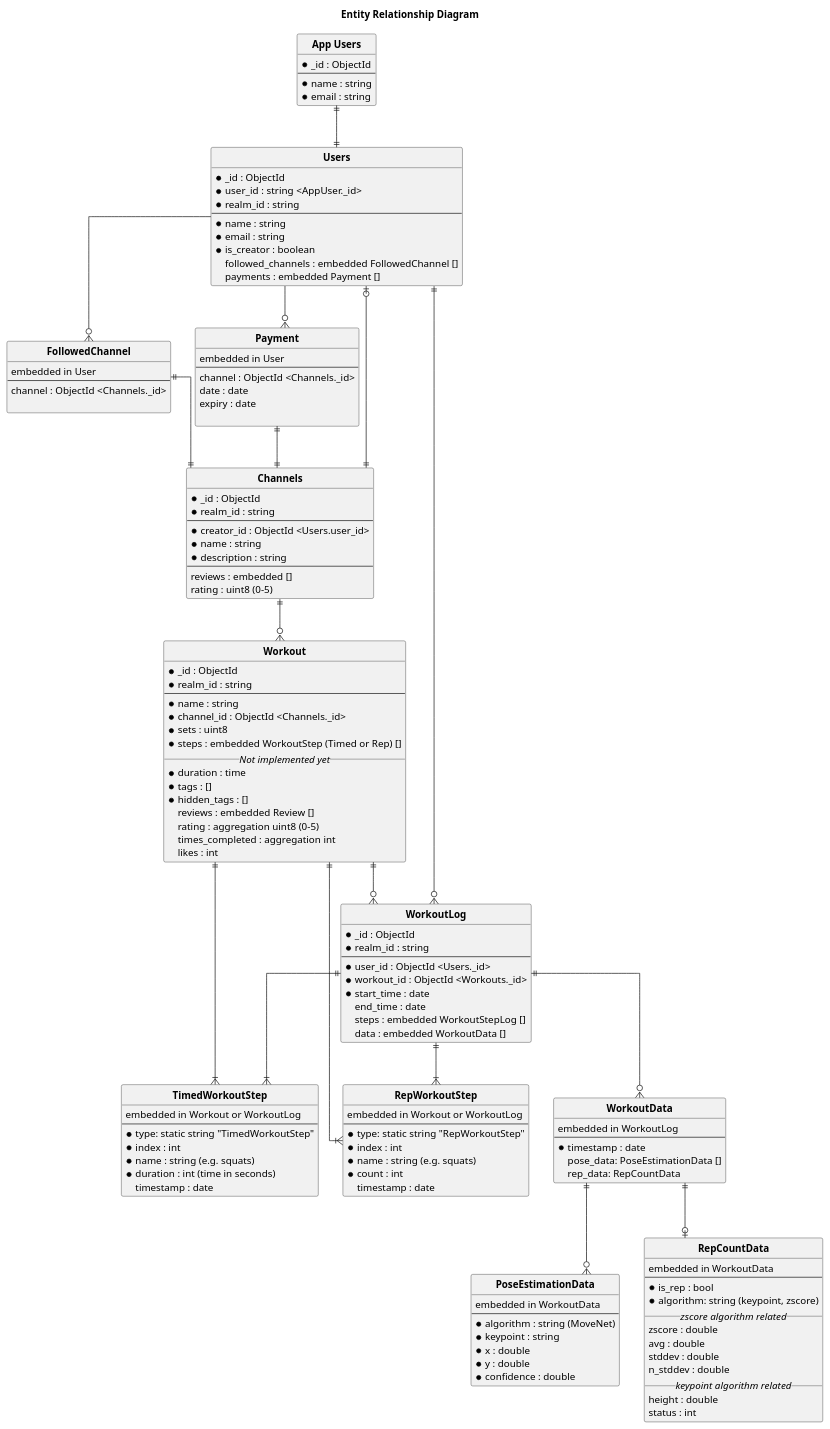
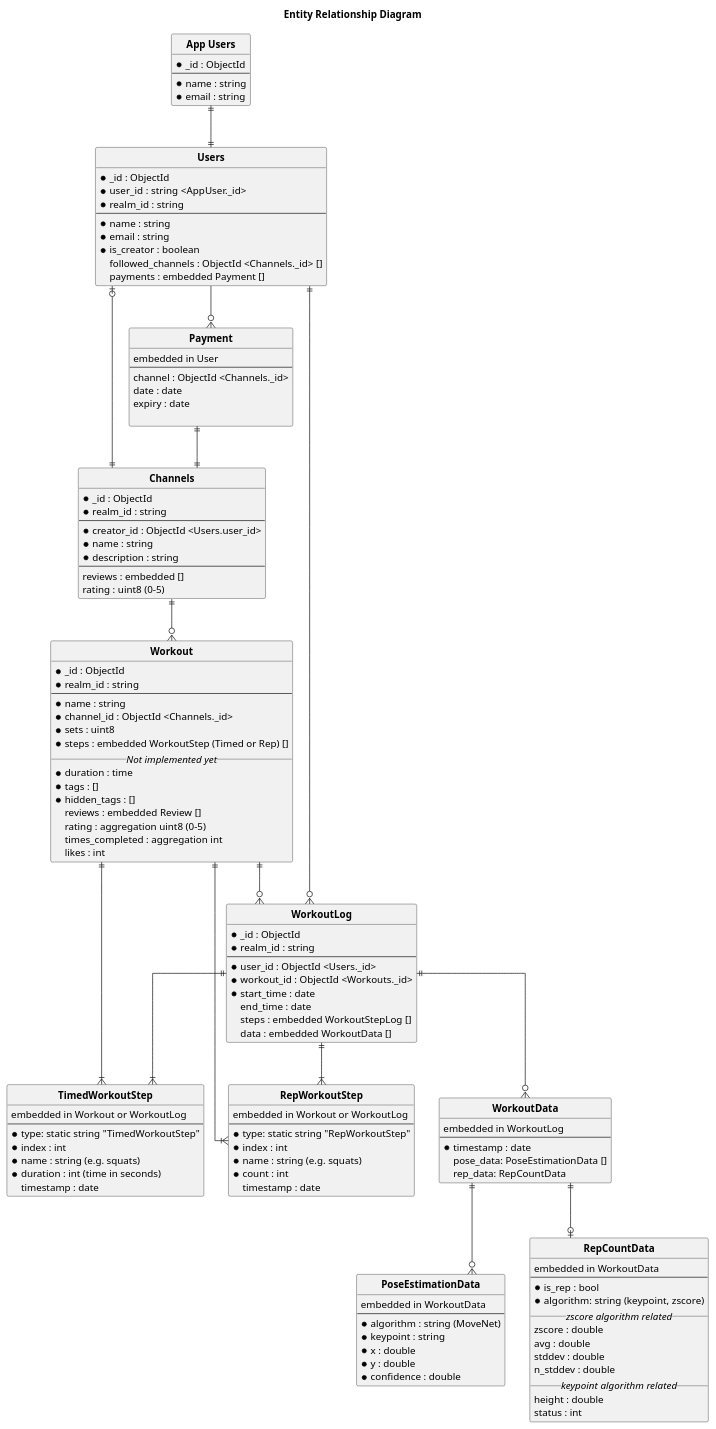
One commit to wongway/tmp-form-app changed the diagram in docs/diagrams/src/data_schema.puml. Above: the diagram before and after it, drawn with PlantUML.

Commit message:
Removed FollowedChannel as object

```diff
--- a/docs/diagrams/src/data_schema.puml
+++ b/docs/diagrams/src/data_schema.puml
@@ -1,163 +1,156 @@
 @startuml data_schema
 
 title Entity Relationship Diagram
 ' Follows the standards in: https://plantuml.com/ie-diagram
 
 hide circle
 skinparam linetype ortho
 
 entity "**App Users**" as AppUser {
     * _id : ObjectId
     ---
     * name : string
     * email : string
 }
 
 entity "**Users**" as User {
     * _id : ObjectId
     * user_id : string <AppUser._id>
     * realm_id : string
     ---
     * name : string
     * email : string
     * is_creator : boolean
-    followed_channels : embedded FollowedChannel []
+    followed_channels : ObjectId <Channels._id> []
     payments : embedded Payment []
-}
-
-entity "**FollowedChannel**" as FollowedChannel {
-    embedded in User
-    ---
-    channel : ObjectId <Channels._id>
-
 }
 
 entity "**Payment**" as Payment {
     embedded in User
     ---
     channel : ObjectId <Channels._id>
     date : date
     expiry : date
 
 }
 
 entity "**Channels**" as Channel {
     * _id : ObjectId
     ' * channel_id : string
     * realm_id : string
     ---
     * creator_id : ObjectId <Users.user_id>
     * name : string
     * description : string
     ---
     reviews : embedded []
     rating : uint8 (0-5)
 }
 
 entity "**Workout**" as Workout {
     * _id : ObjectId
     * realm_id : string
     ---
     * name : string
     * channel_id : ObjectId <Channels._id>
     * sets : uint8
     * steps : embedded WorkoutStep (Timed or Rep) []
     __//Not implemented yet//__
     * duration : time
     * tags : []
     * hidden_tags : []
     reviews : embedded Review []
     rating : aggregation uint8 (0-5)
     times_completed : aggregation int
     likes : int
 }
 
 ' TODO: Probably want some sort of enum for type
 entity "**RepWorkoutStep**" as RepWorkoutStep {
     embedded in Workout or WorkoutLog
     ---
     * type: static string "RepWorkoutStep"
     * index : int
     * name : string (e.g. squats)
     * count : int
     timestamp : date
 }
 
 entity "**TimedWorkoutStep**" as TimedWorkoutStep {
     embedded in Workout or WorkoutLog
     ---
     * type: static string "TimedWorkoutStep"
     * index : int
     * name : string (e.g. squats)
     * duration : int (time in seconds)
     timestamp : date
 }
 
 entity "**WorkoutLog**" as WorkoutLog {
     * _id : ObjectId
     * realm_id : string
     ---
     * user_id : ObjectId <Users._id>
     * workout_id : ObjectId <Workouts._id>
     * start_time : date
     end_time : date
     steps : embedded WorkoutStepLog []
     data : embedded WorkoutData []
 }
 
 entity "**WorkoutData**" as WorkoutData {
     embedded in WorkoutLog
     ---
     * timestamp : date
     pose_data: PoseEstimationData []
     rep_data: RepCountData
 }
 
 entity "**PoseEstimationData**" as PoseEstimationData {
     embedded in WorkoutData
     ---
     * algorithm : string (MoveNet)
     * keypoint : string 
     * x : double
     * y : double
     * confidence : double
 }
 
 entity "**RepCountData**" as RepCountData {
     embedded in WorkoutData
     ---
     * is_rep : bool
     * algorithm: string (keypoint, zscore)
     __//zscore algorithm related//__
     zscore : double
     avg : double
     stddev : double
     n_stddev : double
     __//keypoint algorithm related//__
     height : double
     status : int
 }
 
 AppUser ||--|| User
 
 Workout ||--|{ TimedWorkoutStep
 Workout ||--|{ RepWorkoutStep
 Workout ||--o{ WorkoutLog
 
 WorkoutLog ||--|{ TimedWorkoutStep
 WorkoutLog ||--|{ RepWorkoutStep
 
 User ||--o{ WorkoutLog
-User --o{ FollowedChannel
 User --o{ Payment
 
-FollowedChannel ||--|| Channel
 Payment ||--|| Channel
 
+' Channel has one creator
+' Users have zero or more followed channels
 Channel ||--o| User
 Channel ||--o{ Workout
 WorkoutLog ||--o{ WorkoutData
 WorkoutData ||--o{ PoseEstimationData
 WorkoutData ||--o| RepCountData
 
 @enduml
```
